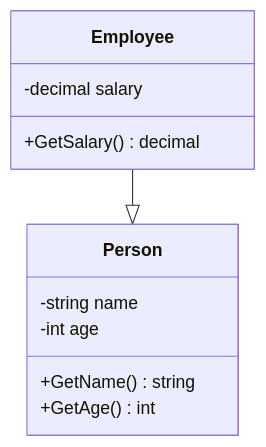
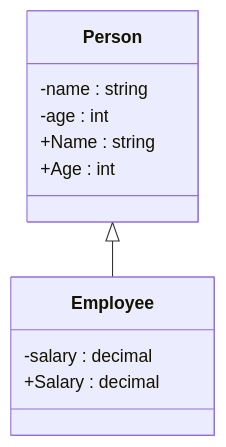
Before and after one commit to tborzyszkowski/csharp-programming: the third of 3 diagrams in src/01-klasy/_09_uml/README.md, drawn with Mermaid. The commit also changed other lines of this file and 74 other files, not shown here.

````diff
--- a/src/01-klasy/_09_uml/README.md
+++ b/src/01-klasy/_09_uml/README.md
@@ -49,16 +155,16 @@
 ```mermaid
 classDiagram
     class Person {
-        -string name
-        -int age
-        +GetName() string
-        +GetAge() int
+        -name : string
+        -age : int
+        +Name : string
+        +Age : int
     }
-    
+
     class Employee {
-        -decimal salary
-        +GetSalary() decimal
+        -salary : decimal
+        +Salary : decimal
     }
-    
-    Employee --|> Person
+
+    Person <|-- Employee
 ```
````
